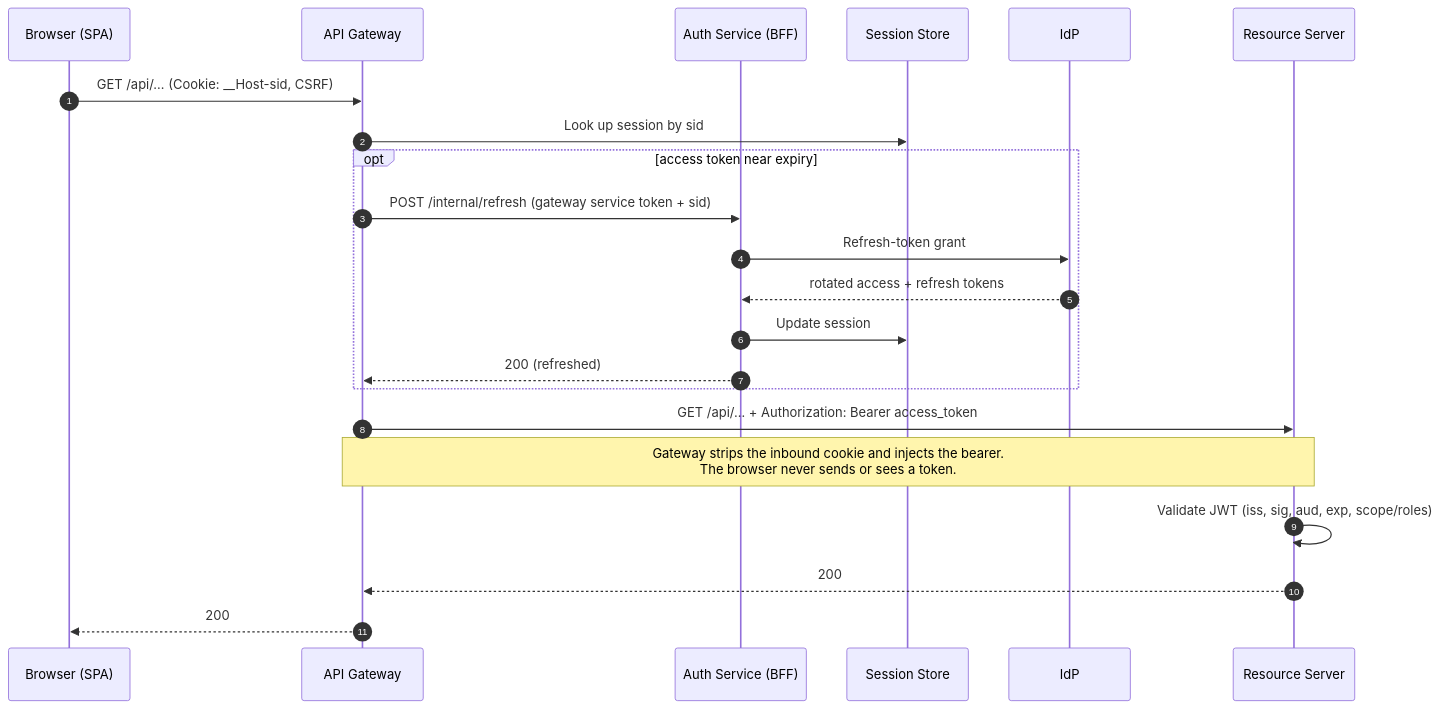
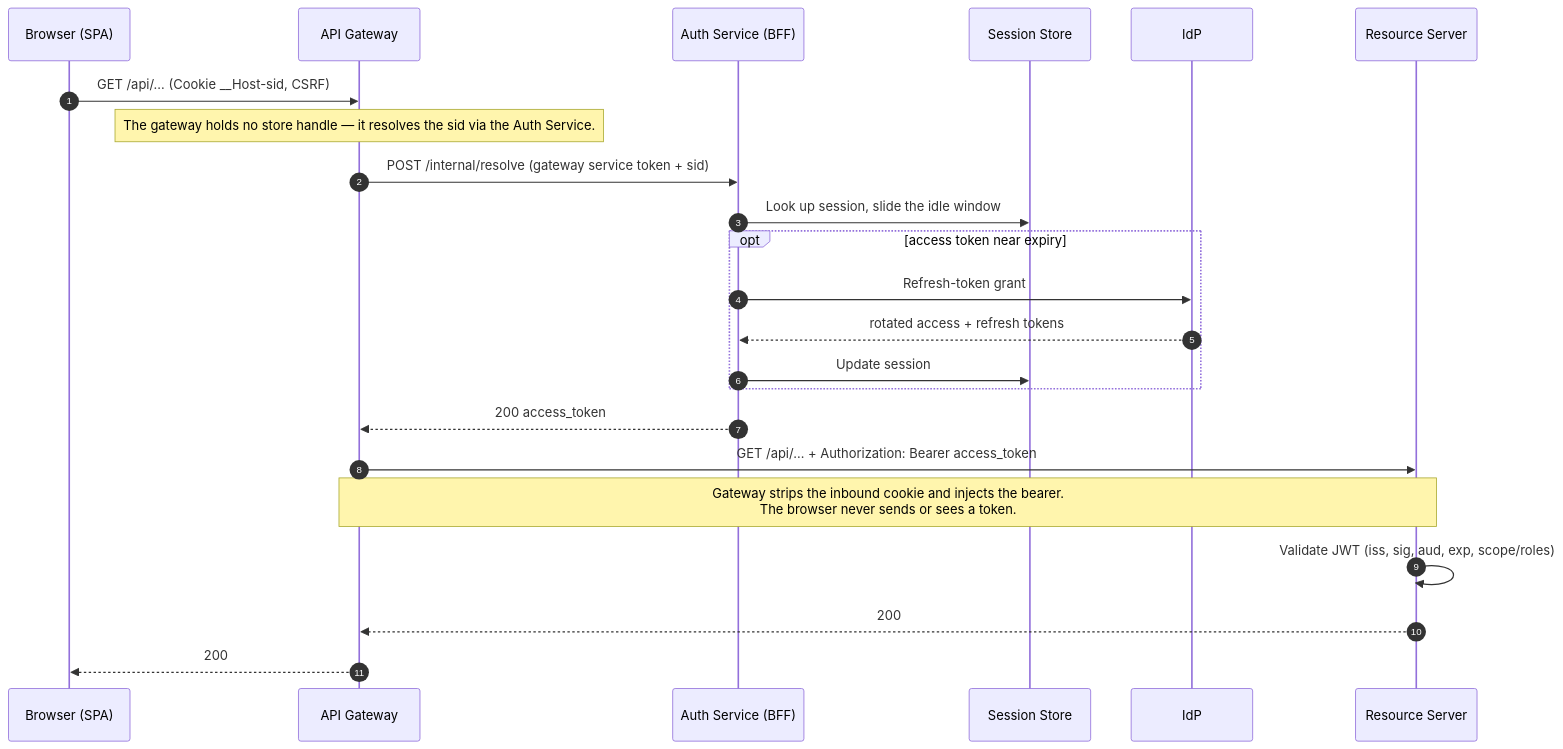
Before and after one commit to ajaygodbole7/oidc-reference: the third of 5 diagrams in README.md, drawn with Mermaid. The commit also changed other lines of this file and 7 other files, not shown here.

First line of the commit message:
docs: phantom-token session resolution (SPEC §7, decision doc, diagrams)

````diff
--- a/README.md
+++ b/README.md
@@ -176,25 +179,26 @@
 ```mermaid
 sequenceDiagram
     autonumber
     participant B as Browser (SPA)
     participant G as API Gateway
     participant A as Auth Service (BFF)
     participant V as Session Store
     participant K as IdP
     participant R as Resource Server
 
-    B->>G: GET /api/… (Cookie: __Host-sid, CSRF)
-    G->>V: Look up session by sid
+    B->>G: GET /api/… (Cookie __Host-sid, CSRF)
+    Note over G: The gateway holds no store handle — it resolves the sid via the Auth Service.
+    G->>A: POST /internal/resolve (gateway service token + sid)
+    A->>V: Look up session, slide the idle window
     opt access token near expiry
-        G->>A: POST /internal/refresh (gateway service token + sid)
         A->>K: Refresh-token grant
         K-->>A: rotated access + refresh tokens
         A->>V: Update session
-        A-->>G: 200 (refreshed)
     end
+    A-->>G: 200 access_token
     G->>R: GET /api/… + Authorization: Bearer access_token
     Note over G,R: Gateway strips the inbound cookie and injects the bearer.<br/>The browser never sends or sees a token.
     R->>R: Validate JWT (iss, sig, aud, exp, scope/roles)
     R-->>G: 200
     G-->>B: 200
 ```
````
